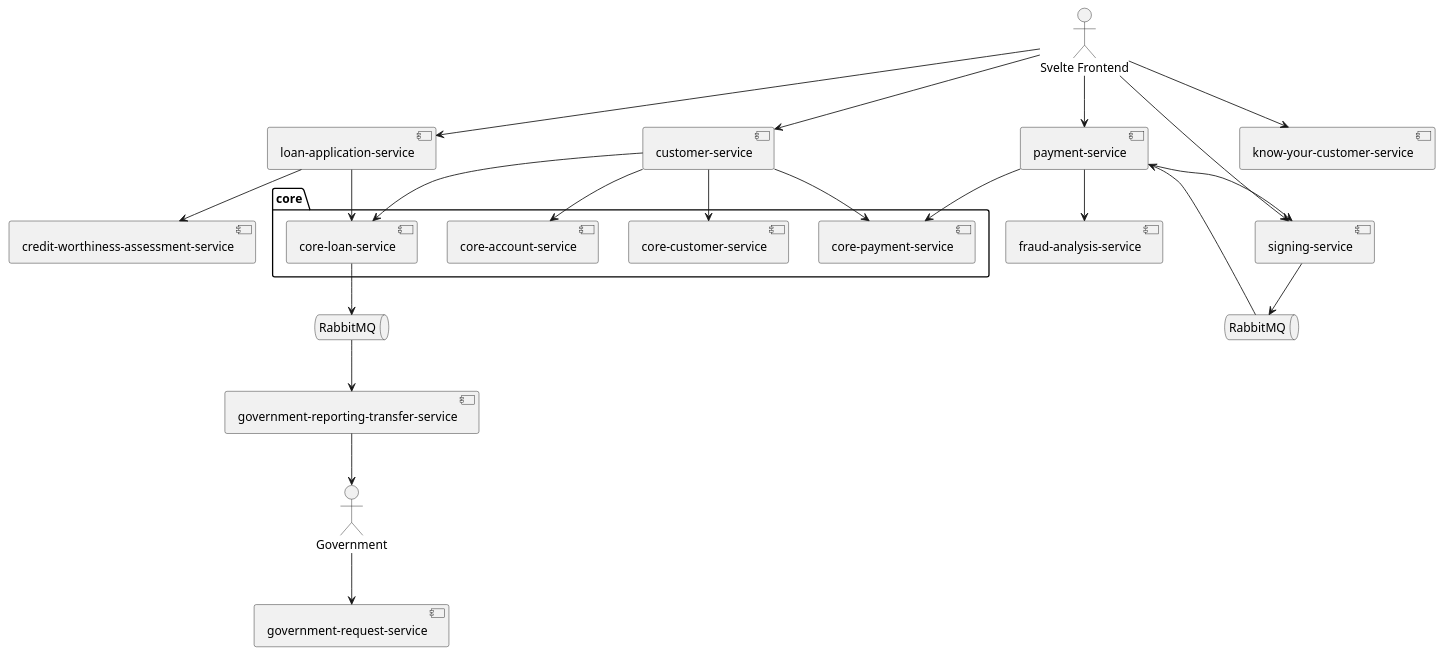
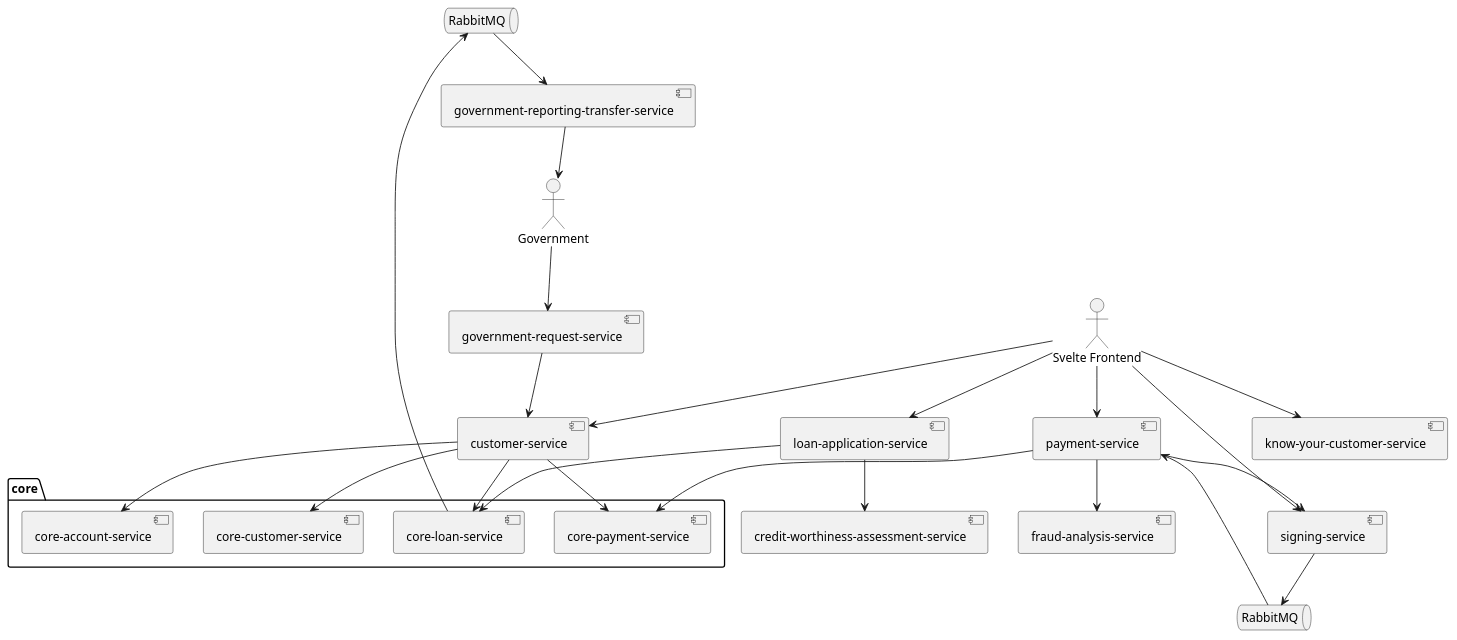
One commit to Nokocchi/Alph-Bank changed the diagram in docs/overall-component-diagram.puml. Above: the diagram before and after it, drawn with PlantUML. The commit also changed 43 other files, not shown here.

```diff
--- a/docs/overall-component-diagram.puml
+++ b/docs/overall-component-diagram.puml
@@ -1,52 +1,53 @@
 @startuml
 
 queue "RabbitMQ" as rabbitloan 
 queue "RabbitMQ" as rabbitsign
 
 [government-reporting-transfer-service] as govtransfer
 [payment-service] as payment
 [signing-service] as signing
 [government-request-service] as govreq
 [credit-worthiness-assessment-service] as creditworth
 [fraud-analysis-service] as fraud
 [loan-application-service] as loan
 [know-your-customer-service] as kyc
 [customer-service] as customer
 
 folder core {
 [core-account-service] as caccount
 [core-customer-service] as ccustomer
 [core-payment-service] as cpayment
 [core-loan-service] as cloan
 }
 
 actor "Svelte Frontend" as svelte
 actor Government
 
 Government --> govreq
 govtransfer --> Government
+govreq --> customer
 
 svelte --> payment
 svelte --> signing
 svelte --> kyc
 svelte --> loan
 svelte --> customer
 
 cloan --> rabbitloan 
 rabbitloan --> govtransfer
 
 payment --> signing
 signing --> rabbitsign 
 rabbitsign --> payment
 payment --> cpayment
 payment --> fraud
 
 loan --> creditworth
 loan --> cloan
 
 customer --> caccount
 customer --> cpayment
 customer --> cloan
 customer --> ccustomer
 
 @enduml
```
